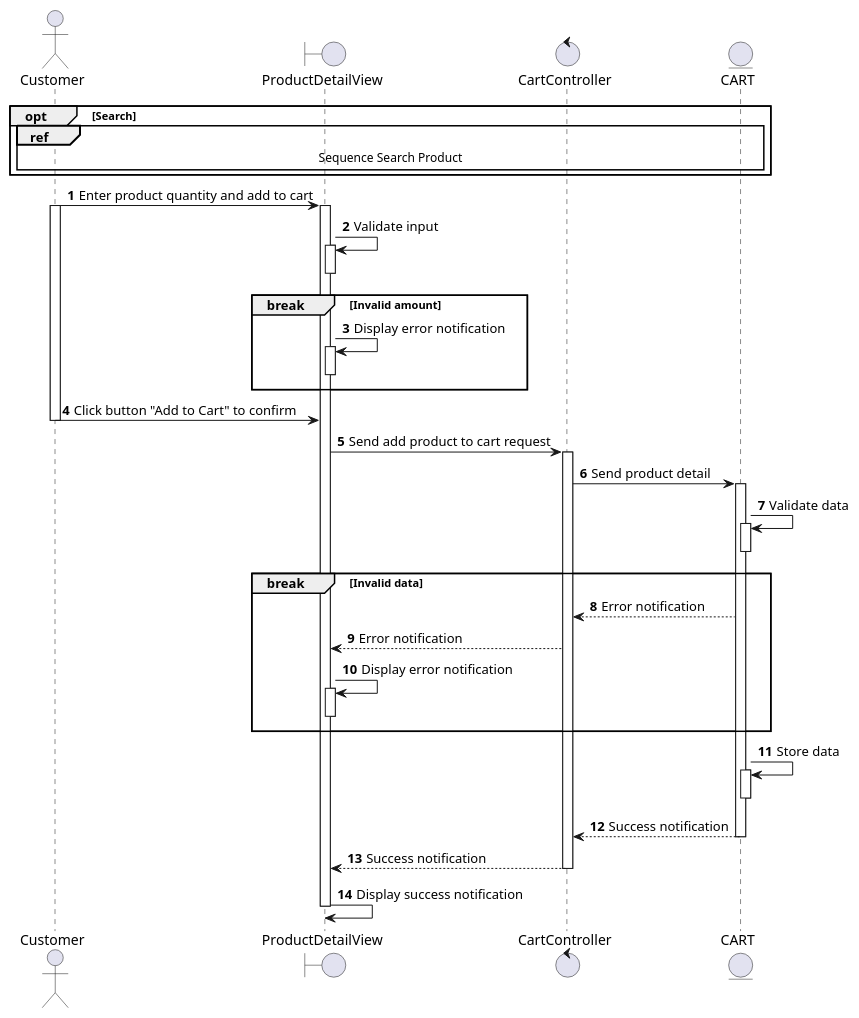
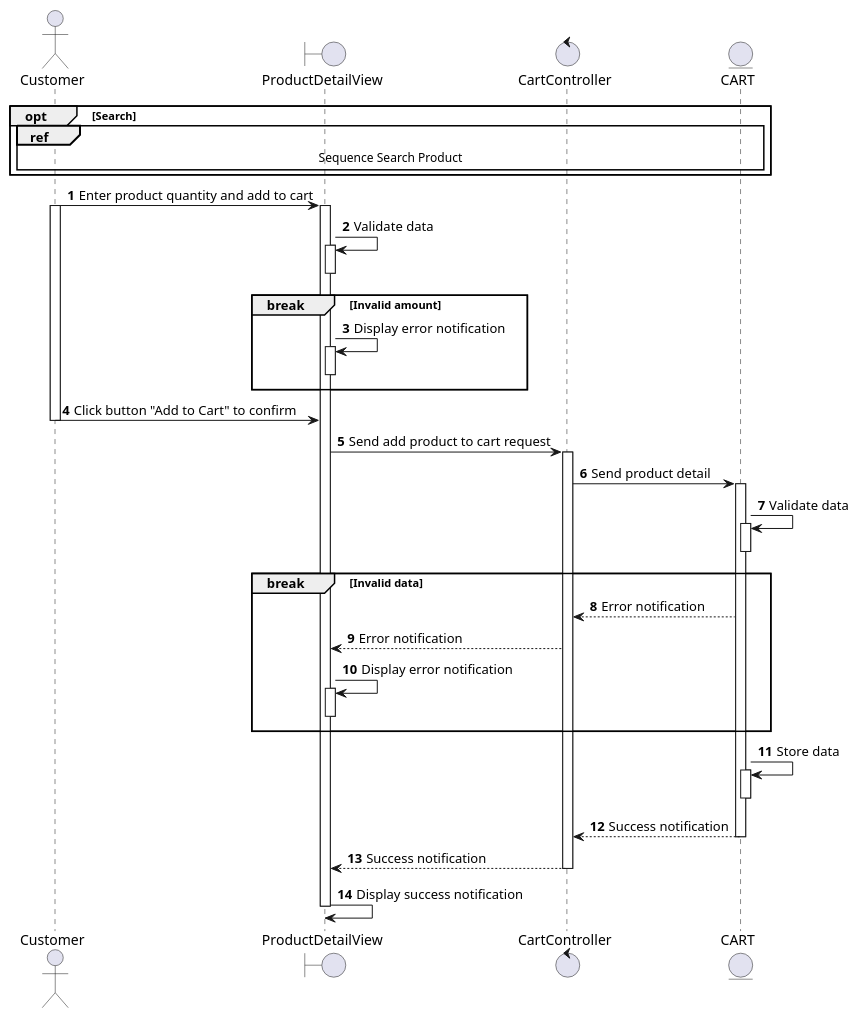
One commit to electricilies/electricilies.github.io changed the diagram in docs/docs/sequence/view-product/add-product-to-cart.md. Above: the diagram before and after it, drawn with PlantUML. The commit also changed 12 other files, not shown here.

````diff
--- a/docs/docs/sequence/view-product/add-product-to-cart.md
+++ b/docs/docs/sequence/view-product/add-product-to-cart.md
@@ -3,51 +3,51 @@
 ```plantuml
 @startuml
 autonumber
 
 actor Customer as C
 boundary ProductDetailView as PDV
 control CartController as CC
 entity CART as Ca
 
 opt Search
   ref over C, Ca: Sequence Search Product
 end
 C -> PDV: Enter product quantity and add to cart
 activate C
 activate PDV
-PDV -> PDV: Validate input
+PDV -> PDV: Validate data
 activate PDV
 deactivate PDV
 break Invalid amount
   PDV -> PDV: Display error notification
   activate PDV
   deactivate PDV
 end
 C -> PDV: Click button "Add to Cart" to confirm
 deactivate C
 PDV -> CC: Send add product to cart request
 activate CC
 CC -> Ca: Send product detail
 activate Ca
 Ca -> Ca: Validate data
 activate Ca
 deactivate Ca
 break Invalid data
   CC <-- Ca: Error notification
   PDV <-- CC: Error notification
   PDV -> PDV: Display error notification
   activate PDV
   deactivate PDV
 end
 Ca -> Ca: Store data
 activate Ca
 deactivate Ca
 CC <-- Ca: Success notification
 deactivate Ca
 PDV <-- CC: Success notification
 deactivate CC
 PDV -> PDV: Display success notification
 deactivate PDV
 
 @enduml
 ```
````
